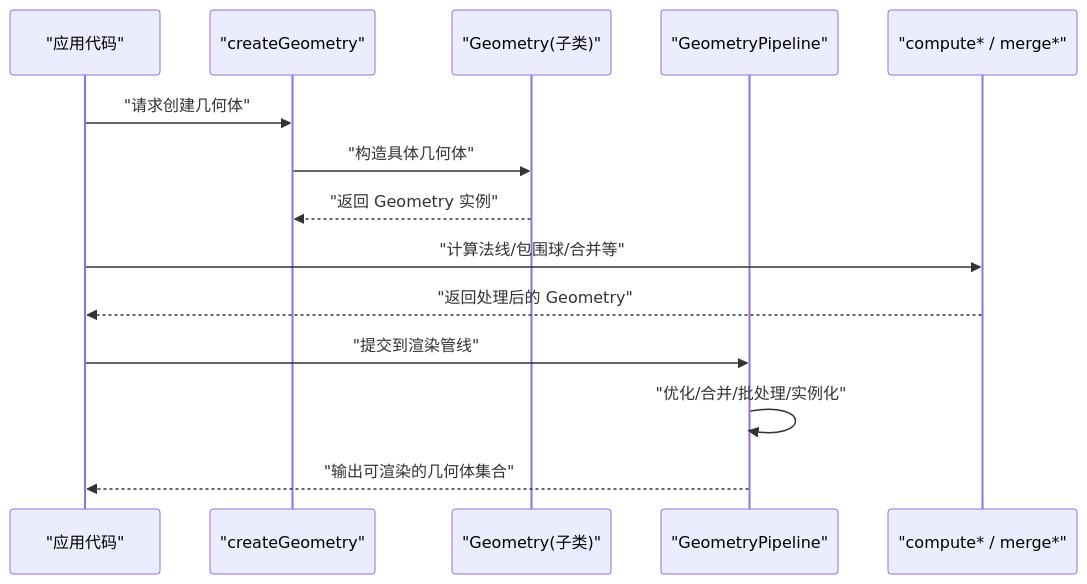
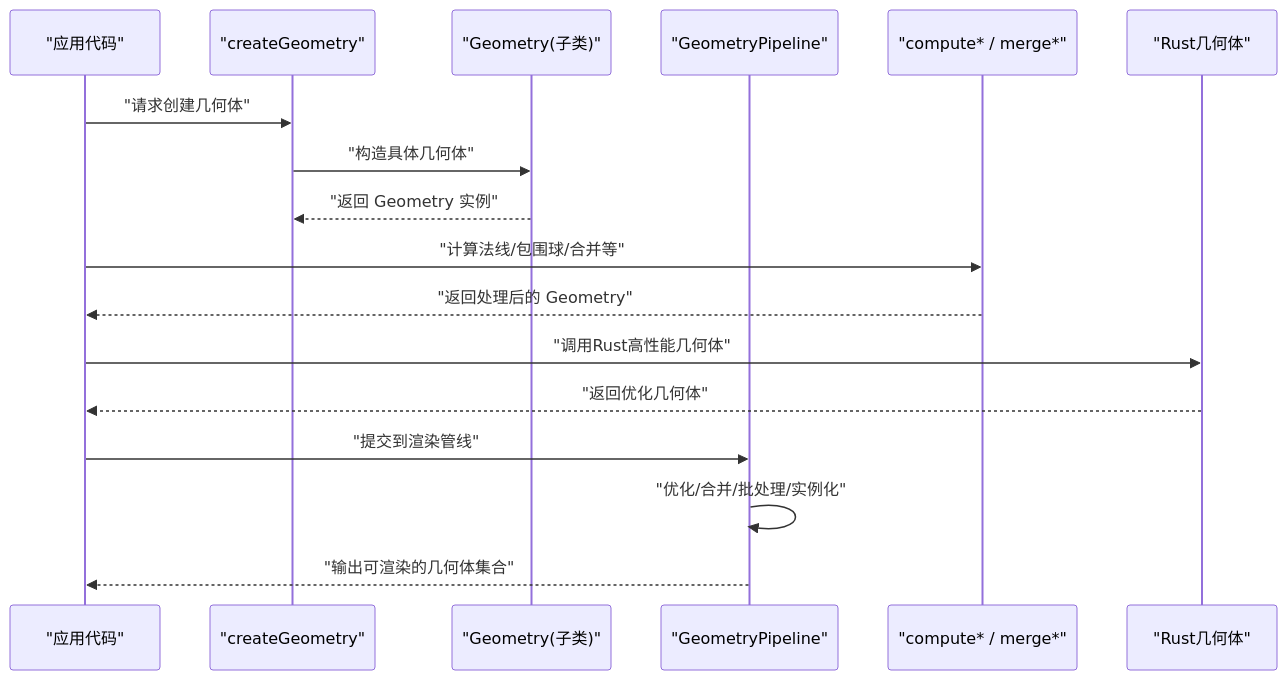
The second of 6 diagrams in .qoder/repowiki/zh/content/项目概述/核心特性/实体与几何体系统/几何体处理.md (rzhangjing/cesium), drawn with Mermaid before and after one commit. The commit also changed other lines of this file and 30 other files, not shown here.

````diff
--- a/.qoder/repowiki/zh/content/项目概述/核心特性/实体与几何体系统/几何体处理.md
+++ b/.qoder/repowiki/zh/content/项目概述/核心特性/实体与几何体系统/几何体处理.md
@@ -137,16 +155,19 @@
 ```mermaid
 sequenceDiagram
 participant App as "应用代码"
 participant Factory as "createGeometry"
 participant Geo as "Geometry(子类)"
 participant Pipeline as "GeometryPipeline"
 participant Utils as "compute* / merge*"
+participant RustGeo as "Rust几何体"
 App->>Factory : "请求创建几何体"
 Factory->>Geo : "构造具体几何体"
 Geo-->>Factory : "返回 Geometry 实例"
 App->>Utils : "计算法线/包围球/合并等"
 Utils-->>App : "返回处理后的 Geometry"
+App->>RustGeo : "调用Rust高性能几何体"
+RustGeo-->>App : "返回优化几何体"
 App->>Pipeline : "提交到渲染管线"
 Pipeline->>Pipeline : "优化/合并/批处理/实例化"
 Pipeline-->>App : "输出可渲染的几何体集合"
 ```
````
